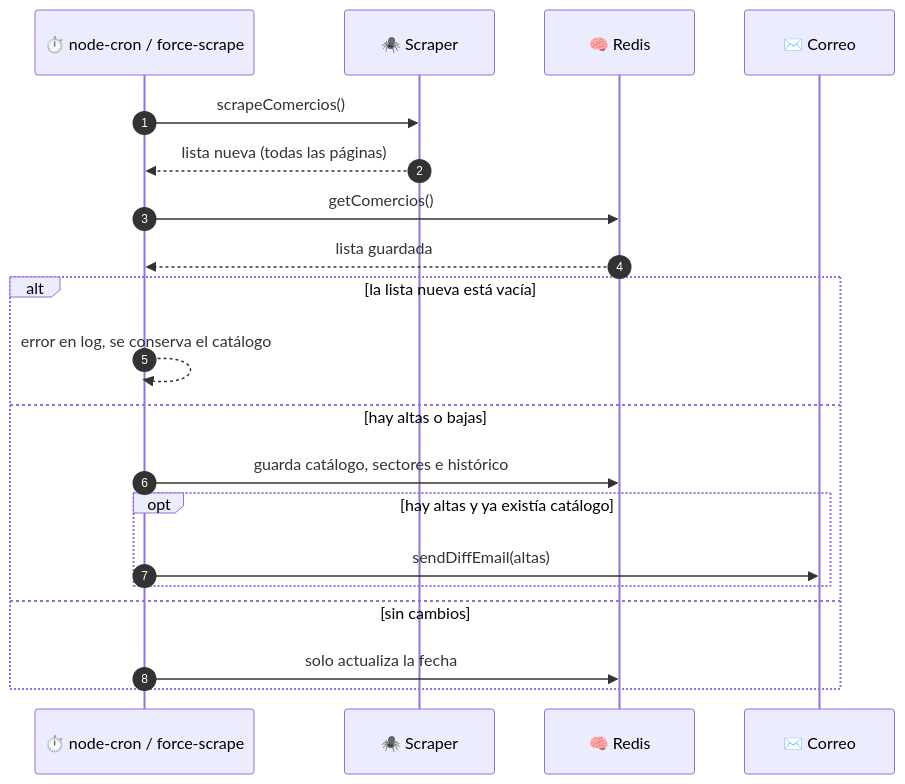
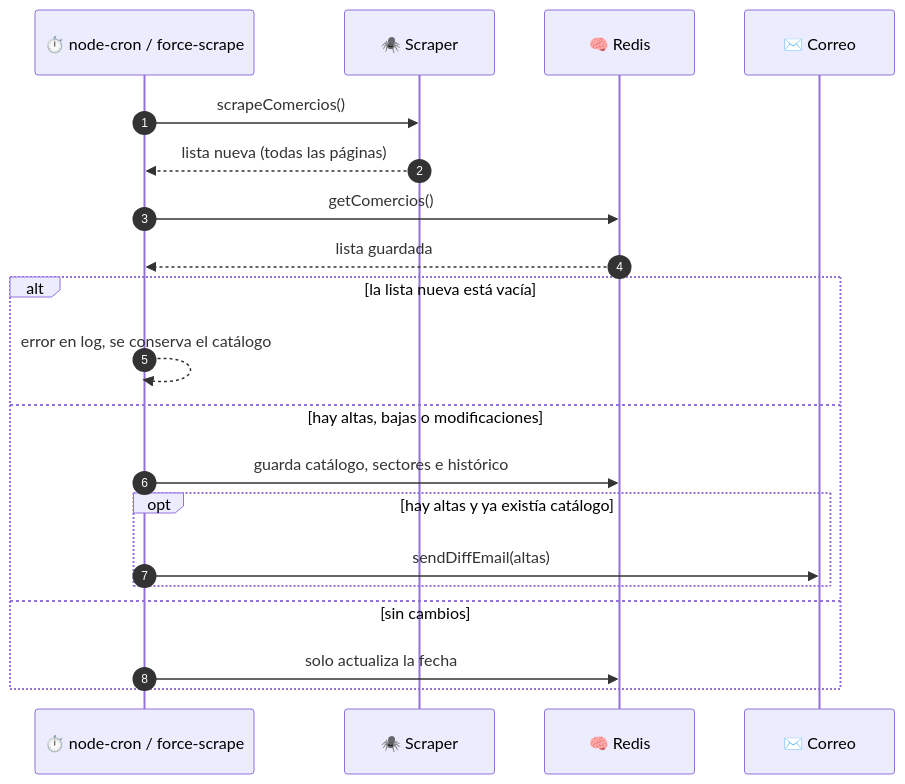
Before and after one commit to ElMaxter99/castellon-comercio-notificator-api: the second of 2 diagrams in README.md, drawn with Mermaid. The commit also changed other lines of this file and 5 other files, not shown here.

````diff
--- a/README.md
+++ b/README.md
@@ -65,22 +69,22 @@
 ```mermaid
 sequenceDiagram
     autonumber
     participant C as ⏱️ node-cron / force-scrape
     participant S as 🕷️ Scraper
     participant R as 🧠 Redis
     participant M as ✉️ Correo
     C->>S: scrapeComercios()
     S-->>C: lista nueva (todas las páginas)
     C->>R: getComercios()
     R-->>C: lista guardada
     alt la lista nueva está vacía
         C-->>C: error en log, se conserva el catálogo
-    else hay altas o bajas
+    else hay altas, bajas o modificaciones
         C->>R: guarda catálogo, sectores e histórico
         opt hay altas y ya existía catálogo
             C->>M: sendDiffEmail(altas)
         end
     else sin cambios
         C->>R: solo actualiza la fecha
     end
 ```
````
